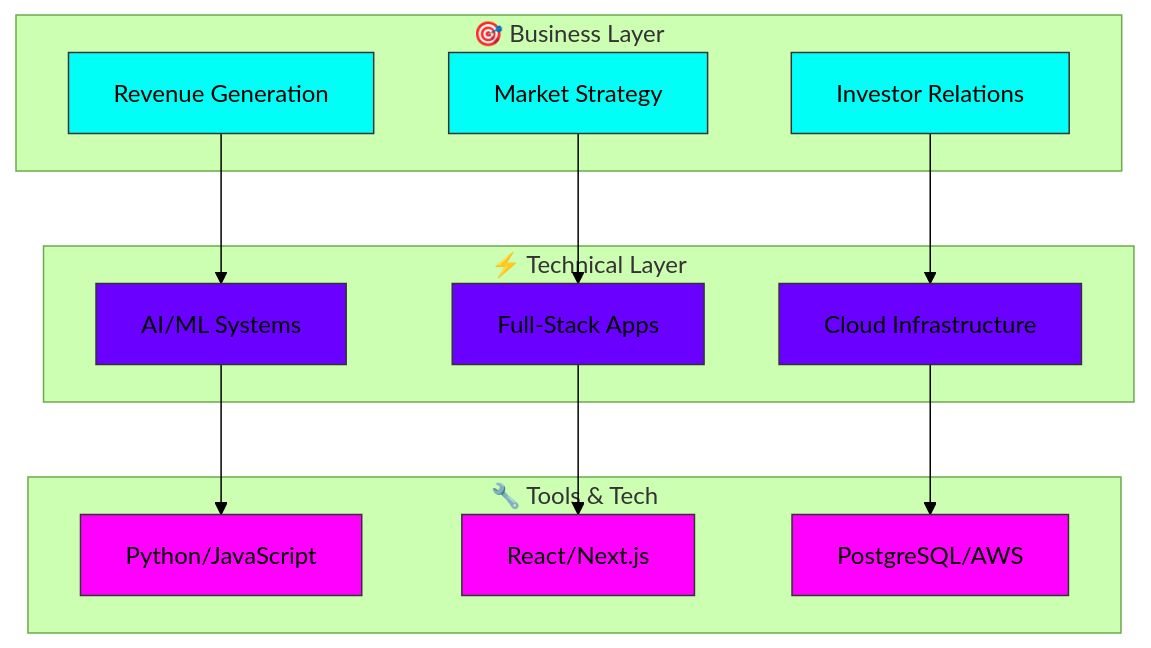
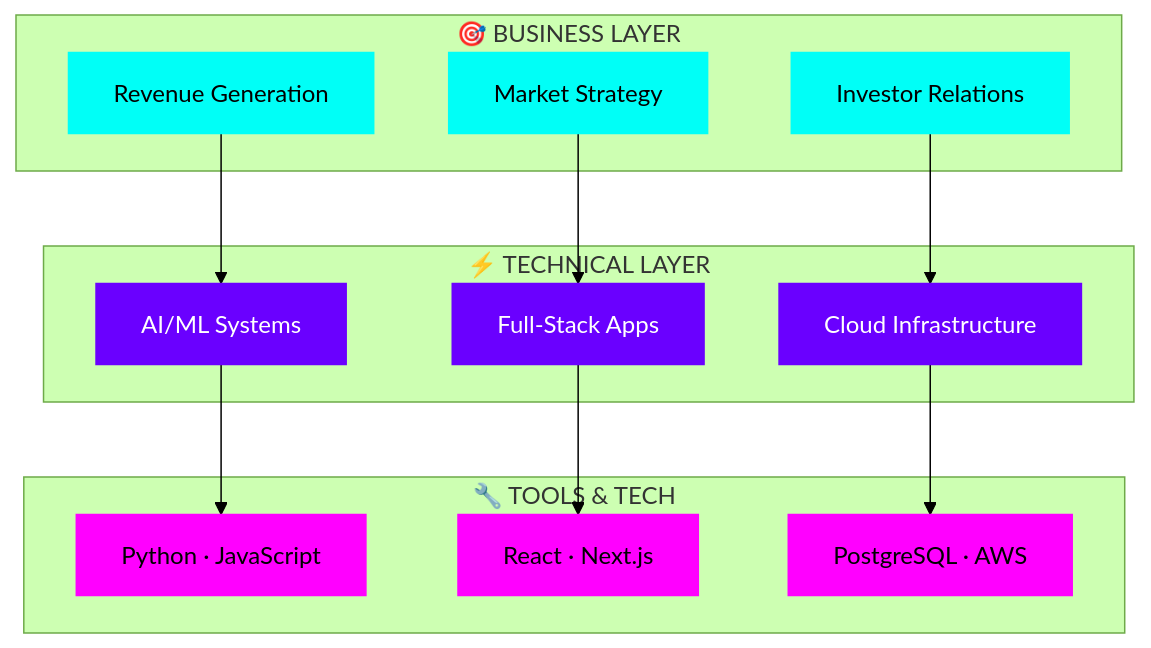
Before and after one commit to wallaceokeke/wallaceokeke: the first of 2 diagrams in README.md, drawn with Mermaid (forest theme). The commit also changed other lines of this file, not shown here.

````diff
--- a/README.md
+++ b/README.md
@@ -75,37 +187,33 @@
 ```mermaid
 graph TB
-    subgraph "🎯 Business Layer"
+    subgraph BIZ["🎯 BUSINESS LAYER"]
         B1[Revenue Generation]
         B2[Market Strategy]
         B3[Investor Relations]
     end
-    
-    subgraph "⚡ Technical Layer"
+    subgraph TECH["⚡ TECHNICAL LAYER"]
         T1[AI/ML Systems]
         T2[Full-Stack Apps]
         T3[Cloud Infrastructure]
     end
-    
-    subgraph "🔧 Tools & Tech"
-        TT1[Python/JavaScript]
-        TT2[React/Next.js]
-        TT3[PostgreSQL/AWS]
+    subgraph TOOLS["🔧 TOOLS & TECH"]
+        TT1[Python · JavaScript]
+        TT2[React · Next.js]
+        TT3[PostgreSQL · AWS]
     end
-    
     B1 --> T1
     B2 --> T2
     B3 --> T3
     T1 --> TT1
     T2 --> TT2
     T3 --> TT3
-    
-    style B1 fill:#00fff7,stroke:#333
-    style B2 fill:#00fff7,stroke:#333
-    style B3 fill:#00fff7,stroke:#333
-    style T1 fill:#6a00ff,stroke:#333
-    style T2 fill:#6a00ff,stroke:#333
-    style T3 fill:#6a00ff,stroke:#333
-    style TT1 fill:#ff00ff,stroke:#333
-    style TT2 fill:#ff00ff,stroke:#333
-    style TT3 fill:#ff00ff,stroke:#333
+    style B1 fill:#00fff7,stroke:#00fff7,color:#000
+    style B2 fill:#00fff7,stroke:#00fff7,color:#000
+    style B3 fill:#00fff7,stroke:#00fff7,color:#000
+    style T1 fill:#6a00ff,stroke:#6a00ff,color:#fff
+    style T2 fill:#6a00ff,stroke:#6a00ff,color:#fff
+    style T3 fill:#6a00ff,stroke:#6a00ff,color:#fff
+    style TT1 fill:#ff00ff,stroke:#ff00ff,color:#000
+    style TT2 fill:#ff00ff,stroke:#ff00ff,color:#000
+    style TT3 fill:#ff00ff,stroke:#ff00ff,color:#000
 ```
````
